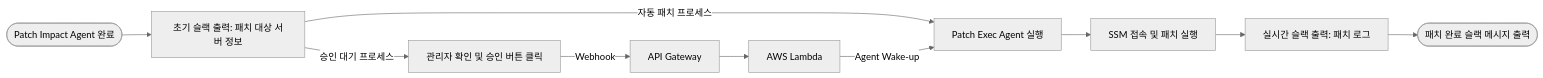
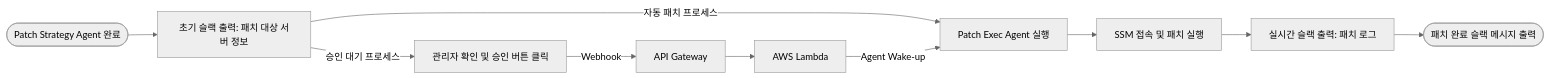
One commit to monkama/PatcherMultiAiagentProject changed the diagram in MultiAIagent/PatchExecAgent(AWS)/README.md. Above: the diagram before and after it, drawn with Mermaid (neutral theme). The commit also changed other lines of this file and 40 other files, not shown here.

````diff
--- a/MultiAIagent/PatchExecAgent(AWS)/README.md
+++ b/MultiAIagent/PatchExecAgent(AWS)/README.md
@@ -9,15 +11,15 @@
 ```mermaid
 graph LR
-    IA([Patch Impact Agent 완료]) --> InitSlack[초기 슬랙 출력: 패치 대상 서버 정보]
+    IA([Patch Strategy Agent 완료]) --> InitSlack[초기 슬랙 출력: 패치 대상 서버 정보]
     
     InitSlack -->|자동 패치 프로세스| EA[Patch Exec Agent 실행]
     
     InitSlack -->|승인 대기 프로세스| Admin[관리자 확인 및 승인 버튼 클릭]
     Admin -->|Webhook| API[API Gateway]
     API --> Lambda[AWS Lambda]
     Lambda -->|Agent Wake-up| EA
     
     EA --> SSM[SSM 접속 및 패치 실행]
     SSM --> RealTimeSlack[실시간 슬랙 출력: 패치 로그]
     RealTimeSlack --> DoneSlack([패치 완료 슬랙 메시지 출력])
 ```
````
